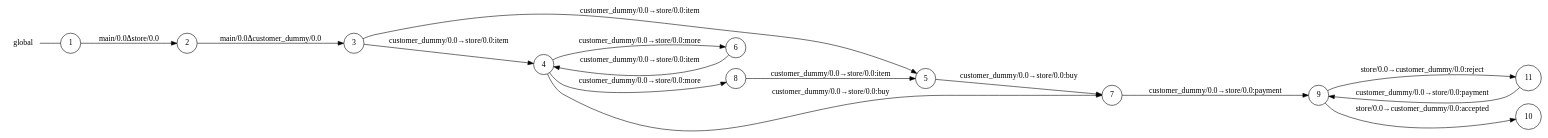
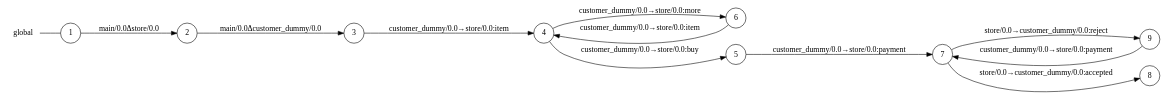
One commit to gabrielegenovese/chorer changed the diagram in examples/customer/main_0_global_view.dot. Above: the diagram before and after it, drawn with Graphviz. The commit also changed 12 other files, not shown here.

```diff
--- a/examples/customer/main_0_global_view.dot
+++ b/examples/customer/main_0_global_view.dot
@@ -1,31 +1,25 @@
 digraph global {
 	rankdir="LR";
 	n_0 [label="global", shape="plaintext"];
 	n_1 [id="5", shape=circle, label="5"];
-	n_2 [id="11", shape=circle, label="11"];
-	n_3 [id="6", shape=circle, label="6"];
-	n_4 [id="10", shape=circle, label="10"];
-	n_5 [id="1", shape=circle, label="1"];
-	n_0 -> n_5 [arrowhead=none];
-	n_6 [id="9", shape=circle, label="9"];
-	n_7 [id="2", shape=circle, label="2"];
-	n_8 [id="8", shape=circle, label="8"];
-	n_9 [id="4", shape=circle, label="4"];
-	n_10 [id="7", shape=circle, label="7"];
-	n_11 [id="3", shape=circle, label="3"];
+	n_2 [id="6", shape=circle, label="6"];
+	n_3 [id="1", shape=circle, label="1"];
+	n_0 -> n_3 [arrowhead=none];
+	n_4 [id="9", shape=circle, label="9"];
+	n_5 [id="2", shape=circle, label="2"];
+	n_6 [id="8", shape=circle, label="8"];
+	n_7 [id="4", shape=circle, label="4"];
+	n_8 [id="7", shape=circle, label="7"];
+	n_9 [id="3", shape=circle, label="3"];
 
-	n_5 -> n_7 [id="[$e|0]", label="main/0.0Δstore/0.0"];
-	n_10 -> n_6 [id="[$e|9]", label="customer_dummy/0.0→store/0.0:payment"];
-	n_1 -> n_10 [id="[$e|5]", label="customer_dummy/0.0→store/0.0:buy"];
-	n_11 -> n_1 [id="[$e|3]", label="customer_dummy/0.0→store/0.0:item"];
-	n_3 -> n_9 [id="[$e|8]", label="customer_dummy/0.0→store/0.0:item"];
-	n_6 -> n_2 [id="[$e|12]", label="store/0.0→customer_dummy/0.0:reject"];
-	n_9 -> n_8 [id="[$e|6]", label="customer_dummy/0.0→store/0.0:more"];
-	n_11 -> n_9 [id="[$e|2]", label="customer_dummy/0.0→store/0.0:item"];
-	n_8 -> n_1 [id="[$e|10]", label="customer_dummy/0.0→store/0.0:item"];
-	n_9 -> n_10 [id="[$e|7]", label="customer_dummy/0.0→store/0.0:buy"];
-	n_6 -> n_4 [id="[$e|11]", label="store/0.0→customer_dummy/0.0:accepted"];
-	n_2 -> n_6 [id="[$e|13]", label="customer_dummy/0.0→store/0.0:payment"];
-	n_9 -> n_3 [id="[$e|4]", label="customer_dummy/0.0→store/0.0:more"];
-	n_7 -> n_11 [id="[$e|1]", label="main/0.0Δcustomer_dummy/0.0"];
+	n_3 -> n_5 [id="[$e|0]", label="main/0.0Δstore/0.0"];
+	n_4 -> n_8 [id="[$e|9]", label="customer_dummy/0.0→store/0.0:payment"];
+	n_1 -> n_8 [id="[$e|5]", label="customer_dummy/0.0→store/0.0:payment"];
+	n_7 -> n_1 [id="[$e|3]", label="customer_dummy/0.0→store/0.0:buy"];
+	n_8 -> n_4 [id="[$e|8]", label="store/0.0→customer_dummy/0.0:reject"];
+	n_2 -> n_7 [id="[$e|6]", label="customer_dummy/0.0→store/0.0:item"];
+	n_9 -> n_7 [id="[$e|2]", label="customer_dummy/0.0→store/0.0:item"];
+	n_8 -> n_6 [id="[$e|7]", label="store/0.0→customer_dummy/0.0:accepted"];
+	n_7 -> n_2 [id="[$e|4]", label="customer_dummy/0.0→store/0.0:more"];
+	n_5 -> n_9 [id="[$e|1]", label="main/0.0Δcustomer_dummy/0.0"];
 }
```
